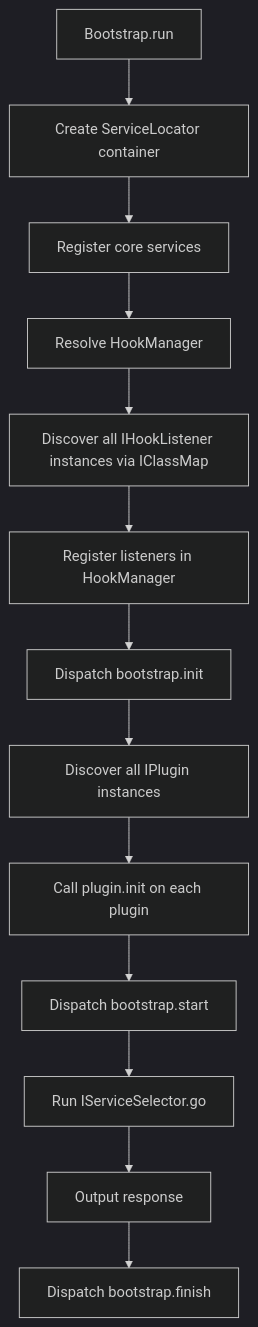
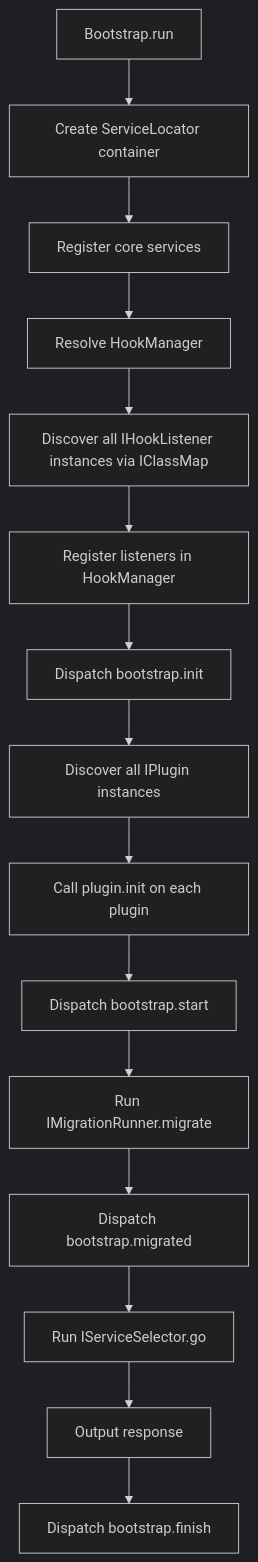
The second of 11 diagrams in docs/hooks.md (ddbase3/Base3Framework), drawn with Mermaid (dark theme) before and after one commit. The commit also changed other lines of this file and 14 other files, not shown here.

````diff
--- a/docs/hooks.md
+++ b/docs/hooks.md
@@ -252,15 +253,17 @@
 ```mermaid
 flowchart TD
 	A[Bootstrap.run] --> B[Create ServiceLocator container]
 	B --> C[Register core services]
 	C --> D[Resolve HookManager]
 	D --> E[Discover all IHookListener instances via IClassMap]
 	E --> F[Register listeners in HookManager]
 	F --> G[Dispatch bootstrap.init]
 	G --> H[Discover all IPlugin instances]
 	H --> I[Call plugin.init on each plugin]
 	I --> J[Dispatch bootstrap.start]
-	J --> K[Run IServiceSelector.go]
-	K --> L[Output response]
-	L --> M[Dispatch bootstrap.finish]
+	J --> K[Run IMigrationRunner.migrate]
+	K --> L[Dispatch bootstrap.migrated]
+	L --> M[Run IServiceSelector.go]
+	M --> N[Output response]
+	N --> O[Dispatch bootstrap.finish]
 ```
````
